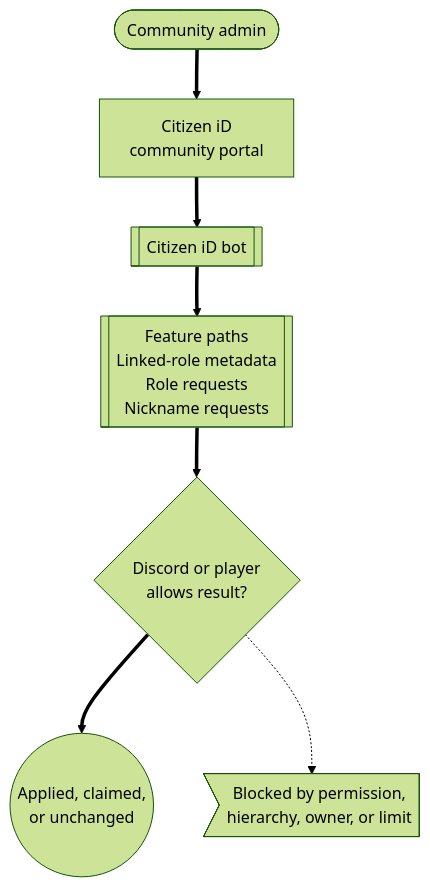
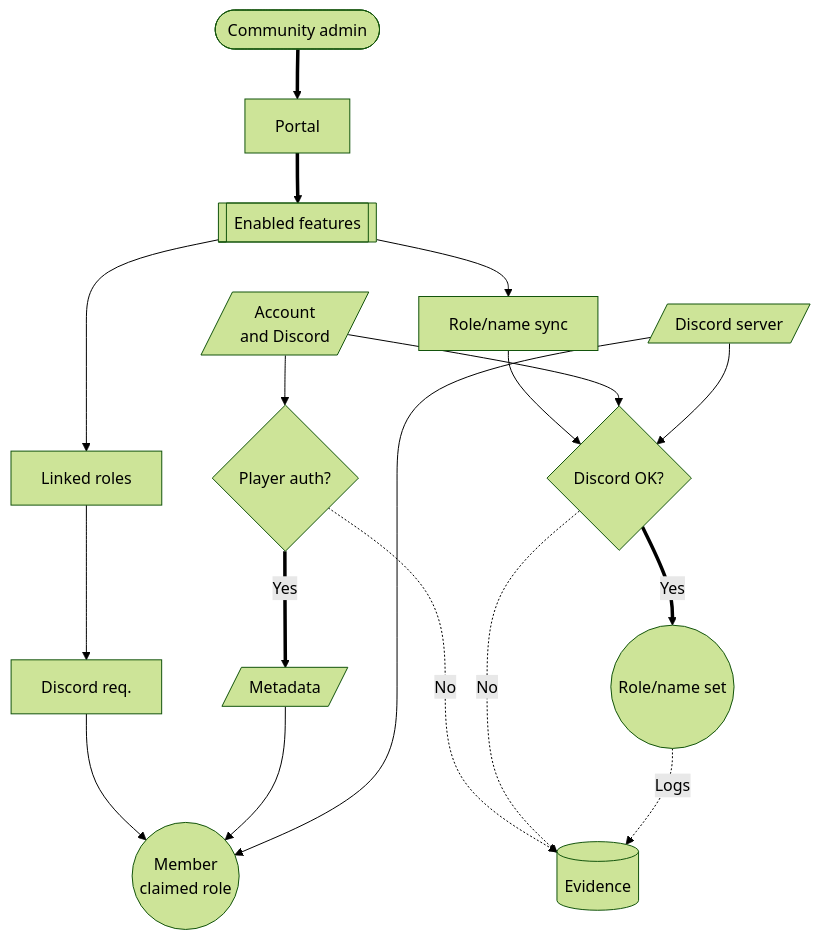
Before and after one commit to ArkanisCorporation/CitizenId-docs: the diagram in docs/community-admins/discord-bot.md, drawn with Mermaid (forest theme). The commit also changed other lines of this file and 6 other files, not shown here.

Commit message:
docs: refine community admin diagrams

````diff
--- a/docs/community-admins/discord-bot.md
+++ b/docs/community-admins/discord-bot.md
@@ -19,25 +19,44 @@
 ```mermaid
 flowchart TD
   admin(["Community admin"])
-  portal["Citizen iD<br/>community portal"]
-  bot[["Citizen iD bot"]]
-  features[["Feature paths<br/>Linked-role metadata<br/>Role requests<br/>Nickname requests"]]
-  discord{"Discord or player<br/>allows result?"}
-  applied(("Applied, claimed,<br/>or unchanged"))
-  blocked>Blocked by permission,<br/>hierarchy, owner, or limit]
+  portal["Portal"]
+  features[["Enabled features"]]
+  state[/Account<br/>and Discord/]
+  discord[/"Discord server"/]
+  linked["Linked roles"]
+  requirement["Discord req."]
+  authorize{"Player auth?"}
+  metadata[/Metadata/]
+  sync["Role/name sync"]
+  gate{"Discord OK?"}
+  claim(("Member<br/>claimed role"))
+  applied(("Role/name set"))
+  evidence[(Evidence)]
 
   admin ==> portal
-  portal ==> bot
-  bot ==> features
-  features ==> discord
-  discord ==> applied
-  discord -.-> blocked
+  portal ==> features
+  features --> linked
+  linked --> requirement
+  state --> authorize
+  authorize ==>|Yes| metadata
+  authorize -. "No" .-> evidence
+  requirement --> claim
+  metadata --> claim
+  discord --> claim
+
+  features --> sync
+  sync --> gate
+  state --> gate
+  discord --> gate
+  gate ==>|Yes| applied
+  gate -. "No" .-> evidence
+  applied -. "Logs" .-> evidence
 
   class admin actor;
-  class portal context;
-  class bot service;
-  class discord decision;
-  class features action;
-  class applied success;
-  class blocked caution;
+  class portal,discord context;
+  class features service;
+  class authorize,gate decision;
+  class linked,requirement,sync action;
+  class state,metadata,evidence data;
+  class claim,applied success;
 ```
````
